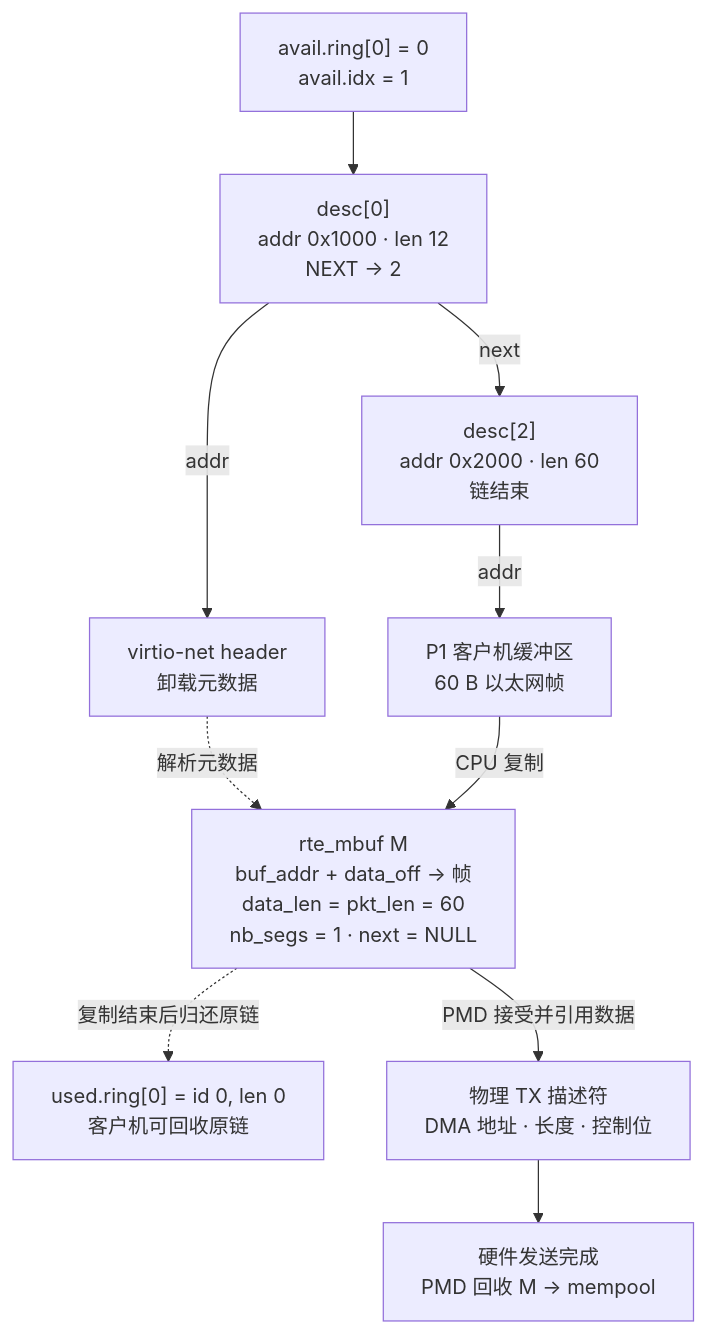
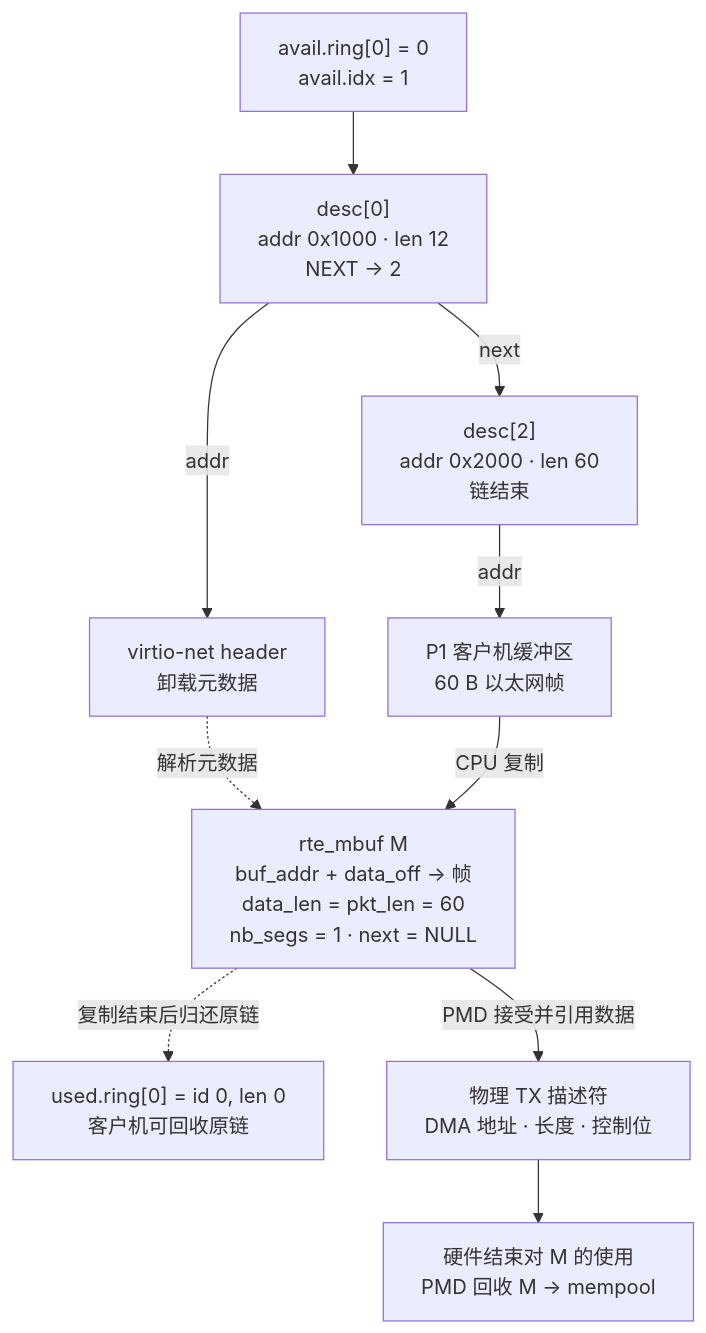
Before and after one commit to taifuer/virt_report: the diagram in virt_report/content/diagrams/dpdk-buffer-ownership.mmd, drawn with Mermaid. The commit also changed 110 other files, not shown here.

```diff
--- a/virt_report/content/diagrams/dpdk-buffer-ownership.mmd
+++ b/virt_report/content/diagrams/dpdk-buffer-ownership.mmd
@@ -1,20 +1,20 @@
 flowchart TB
     accTitle: 客户机链、DPDK mbuf 与物理发送环
-    accDescr: 客户机链和 mbuf 之间有复制边界；mbuf 数据被物理网卡 DMA 读取。客户机链在复制结束后归还，mbuf 则保留到硬件发送完成并由 PMD 清理。
+    accDescr: 客户机链和 mbuf 之间有复制边界；mbuf 数据被物理网卡 DMA 读取。客户机链在复制结束后可以归还；mbuf 保留到硬件结束对它的使用，再由 PMD 清理。缓冲区回收不代表远端收到报文。
     A["avail.ring[0] = 0<br/>avail.idx = 1"]
     D0["desc[0]<br/>addr 0x1000 · len 12<br/>NEXT → 2"]
     D2["desc[2]<br/>addr 0x2000 · len 60<br/>链结束"]
     H["virtio-net header<br/>卸载元数据"]
     B["P1 客户机缓冲区<br/>60 B 以太网帧"]
     M["rte_mbuf M<br/>buf_addr + data_off → 帧<br/>data_len = pkt_len = 60<br/>nb_segs = 1 · next = NULL"]
     U["used.ring[0] = id 0, len 0<br/>客户机可回收原链"]
     T["物理 TX 描述符<br/>DMA 地址 · 长度 · 控制位"]
-    R["硬件发送完成<br/>PMD 回收 M → mempool"]
+    R["硬件结束对 M 的使用<br/>PMD 回收 M → mempool"]
     A --> D0 -->|next| D2
     D0 -->|addr| H
     D2 -->|addr| B
     H -. 解析元数据 .-> M
     B -->|CPU 复制| M
     M -. 复制结束后归还原链 .-> U
     M -->|PMD 接受并引用数据| T
     T --> R
```
